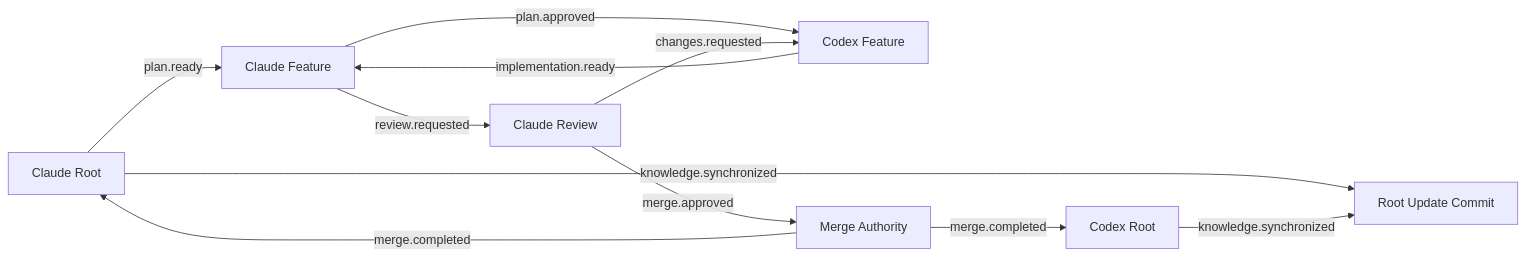
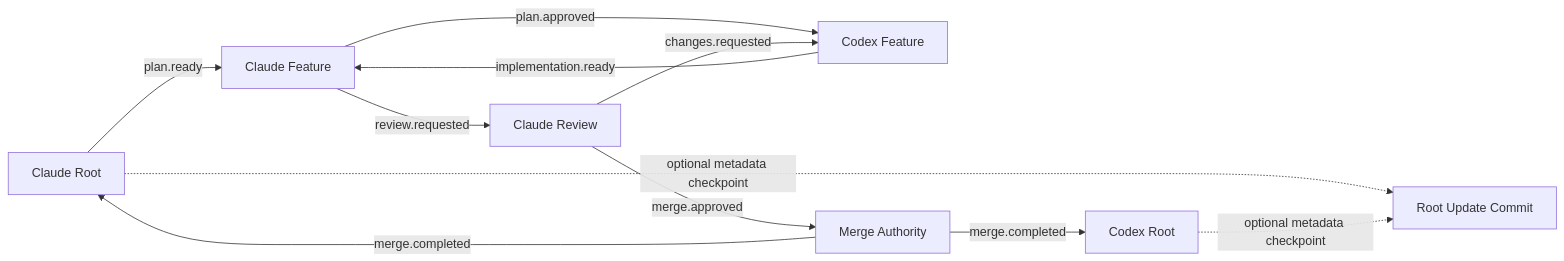
Before and after one commit to tinhnvAdnetplus/design-document: the first of 2 diagrams in docs/README.md, drawn with Mermaid. The commit also changed other lines of this file and 22 other files, not shown here.

````diff
--- a/docs/README.md
+++ b/docs/README.md
@@ -60,13 +60,13 @@
 ```mermaid
 flowchart LR
     CRoot[Claude Root] -->|plan.ready| CF[Claude Feature]
     CF -->|plan.approved| XF[Codex Feature]
     XF -->|implementation.ready| CF
     CF -->|review.requested| CReview[Claude Review]
     CReview -->|changes.requested| XF
     CReview -->|merge.approved| Merge[Merge Authority]
     Merge -->|merge.completed| CRoot
     Merge -->|merge.completed| XRoot[Codex Root]
-    CRoot -->|knowledge.synchronized| Commit[Root Update Commit]
-    XRoot -->|knowledge.synchronized| Commit
+    CRoot -. optional metadata checkpoint .-> Commit[Root Update Commit]
+    XRoot -. optional metadata checkpoint .-> Commit
 ```
````
